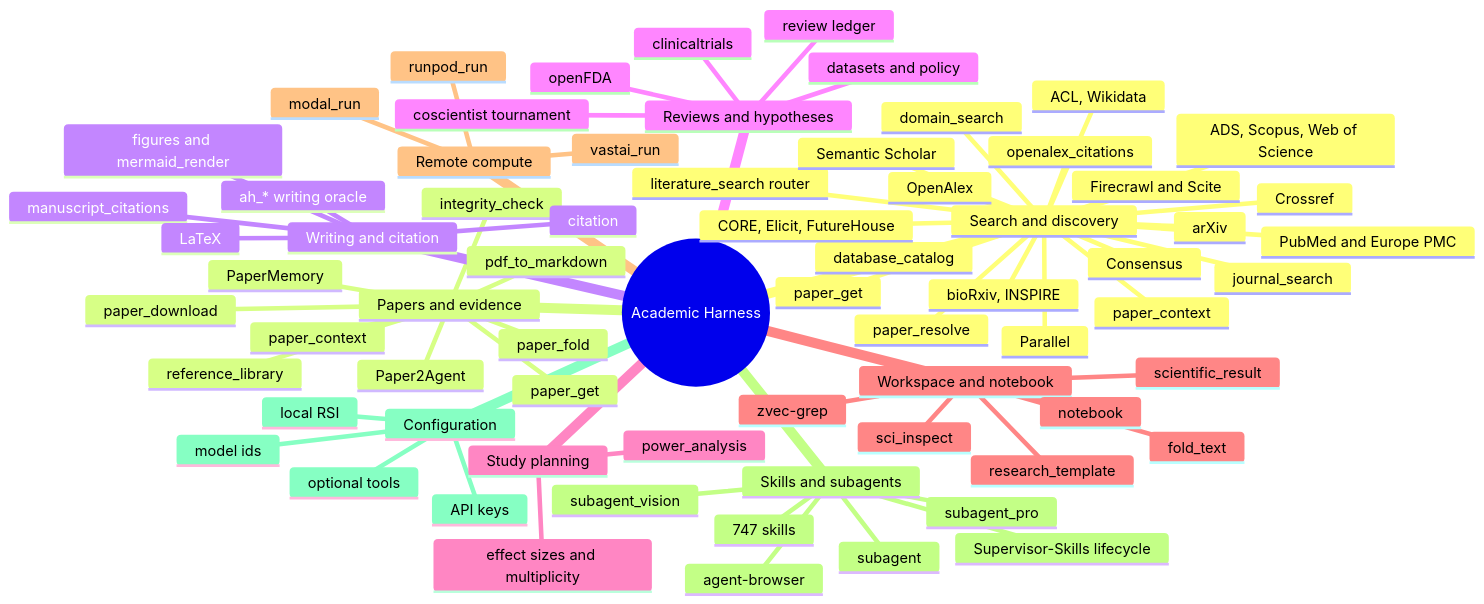
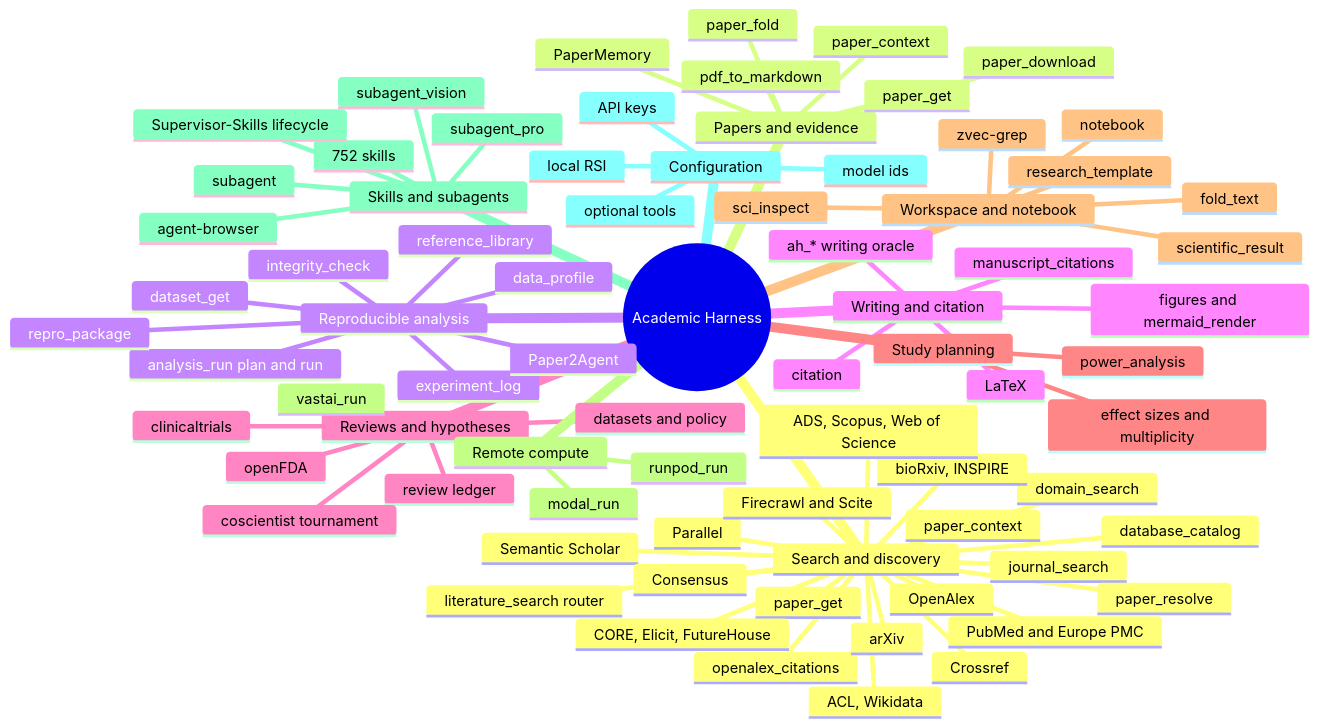
Before and after one commit to raktim-mondol/academic-harness: the diagram in docs/diagrams/capability-map.mmd, drawn with Mermaid. The commit also changed 80 other files, not shown here.

First line of the commit message:
Release v0.34.0: review synthesis, reproducible analysis, and provenance audit

```diff
--- a/docs/diagrams/capability-map.mmd
+++ b/docs/diagrams/capability-map.mmd
@@ -1,71 +1,77 @@
 mindmap
   root((Academic Harness))
     Search and discovery
       literature_search router
       journal_search
       paper_get
       paper_context
       paper_resolve
       openalex_citations
       database_catalog
       domain_search
       OpenAlex
       Semantic Scholar
       PubMed and Europe PMC
       arXiv
       Crossref
       bioRxiv, INSPIRE
       ADS, Scopus, Web of Science
       ACL, Wikidata
       Consensus
       Parallel
       Firecrawl and Scite
       CORE, Elicit, FutureHouse
     Papers and evidence
       paper_get
       paper_context
       paper_download
       paper_fold
       pdf_to_markdown
       PaperMemory
+    Reproducible analysis
+      analysis_run plan and run
+      experiment_log
+      dataset_get
+      data_profile
+      repro_package
       reference_library
       integrity_check
       Paper2Agent
     Writing and citation
       ah_* writing oracle
       citation
       manuscript_citations
       LaTeX
       figures and mermaid_render
     Reviews and hypotheses
       review ledger
       coscientist tournament
       clinicaltrials
       openFDA
       datasets and policy
     Study planning
       power_analysis
       effect sizes and multiplicity
     Workspace and notebook
       zvec-grep
       notebook
       scientific_result
       fold_text
       sci_inspect
       research_template
     Remote compute
       modal_run
       runpod_run
       vastai_run
     Skills and subagents
-      747 skills
+      752 skills
       Supervisor-Skills lifecycle
       agent-browser
       subagent
       subagent_pro
       subagent_vision
     Configuration
       API keys
       model ids
       optional tools
       local RSI
```
